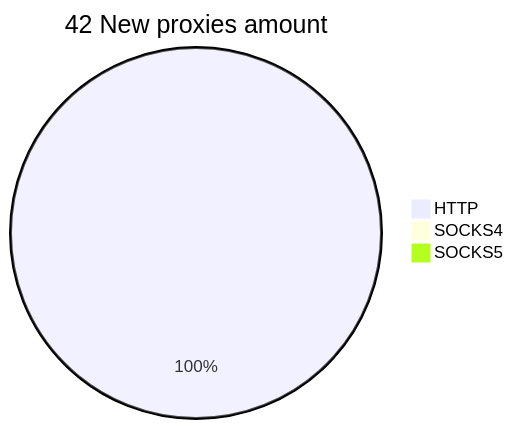
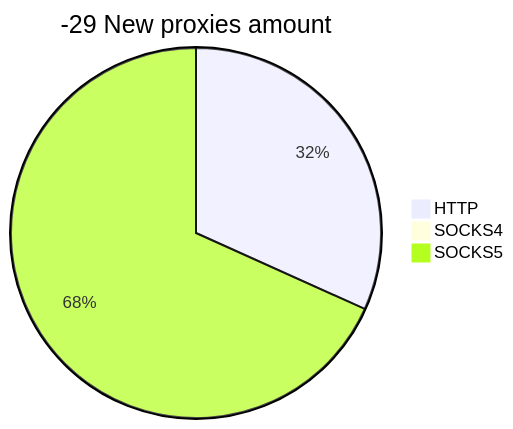
The second of 2 diagrams in README.md (cutipu/proxylist), drawn with Mermaid before and after one commit. The commit also changed other lines of this file, not shown here.

````diff
--- a/README.md
+++ b/README.md
@@ -10,6 +10,6 @@
 ```mermaid
-pie title 42 New proxies amount
-    "HTTP" : 98
+pie title -29 New proxies amount
+    "HTTP" : 33
     "SOCKS4" : 0
-    "SOCKS5" : 0
+    "SOCKS5" : 71
 ```
````
